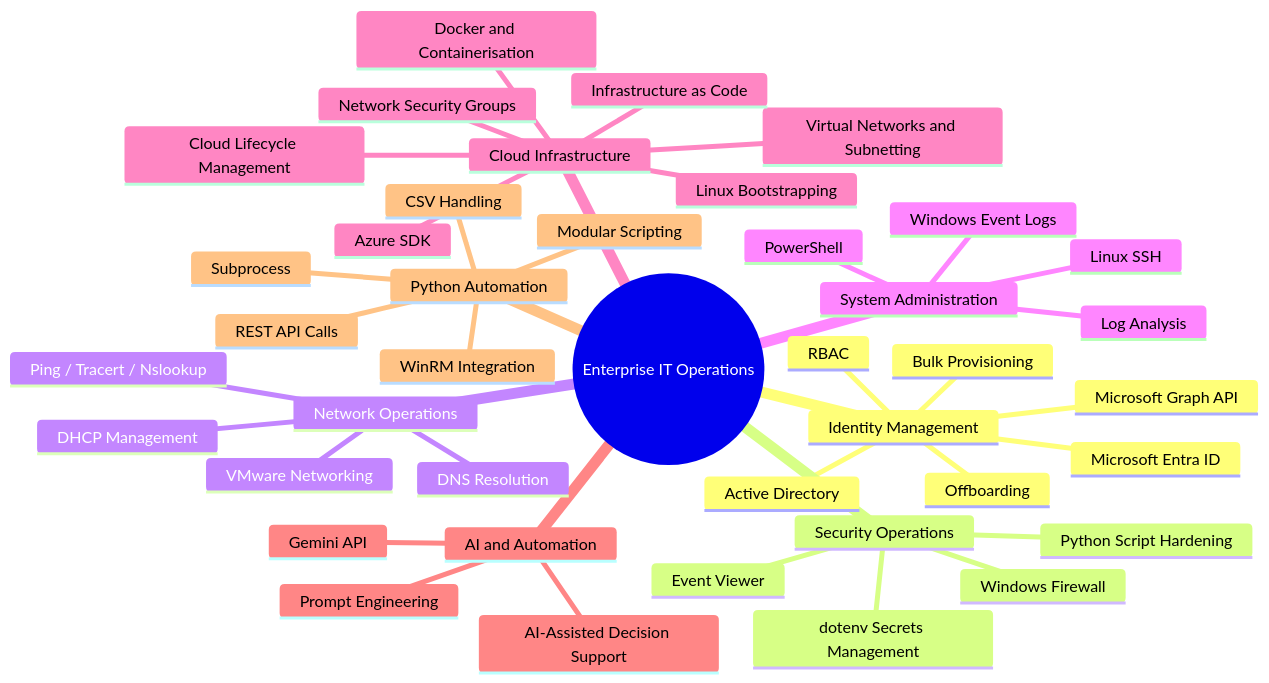
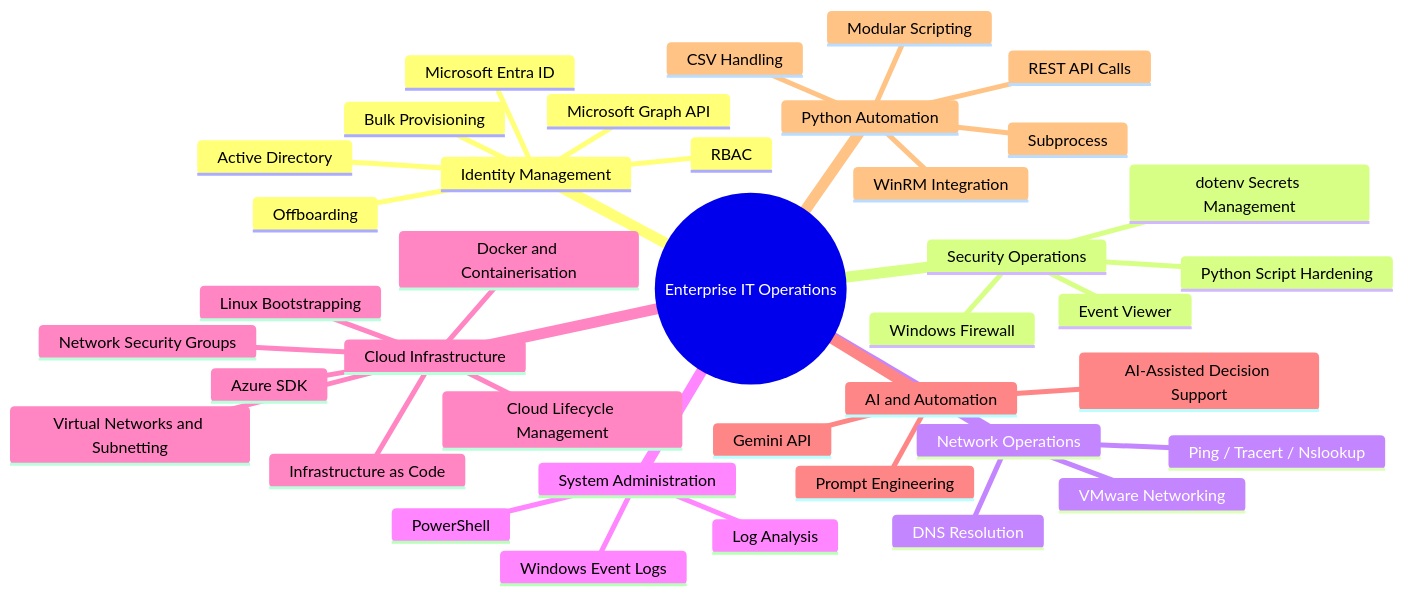
One commit to Jesseee9/Enterprise-IT-Operations-and-Workflow changed the second of 2 diagrams in README.md. Above: the diagram before and after it, drawn with Mermaid. The commit also changed other lines of this file, not shown here.

````diff
--- a/README.md
+++ b/README.md
@@ -487,44 +494,42 @@
 ```mermaid
 mindmap
   root((Enterprise IT Operations))
     Identity Management
       Active Directory
       Microsoft Entra ID
       Microsoft Graph API
       Bulk Provisioning
       Offboarding
       RBAC
     Security Operations
       Windows Firewall
       Event Viewer
       Python Script Hardening
       dotenv Secrets Management
     Network Operations
       DNS Resolution
-      DHCP Management
       Ping / Tracert / Nslookup
       VMware Networking
     System Administration
       PowerShell
       Windows Event Logs
-      Linux SSH
       Log Analysis
     Cloud Infrastructure
       Azure SDK
       Virtual Networks and Subnetting
       Network Security Groups
       Cloud Lifecycle Management
       Linux Bootstrapping
       Infrastructure as Code
       Docker and Containerisation
     AI and Automation
       Gemini API
       Prompt Engineering
       AI-Assisted Decision Support
     Python Automation
       WinRM Integration
       REST API Calls
       CSV Handling
       Subprocess
       Modular Scripting
 ```
````
